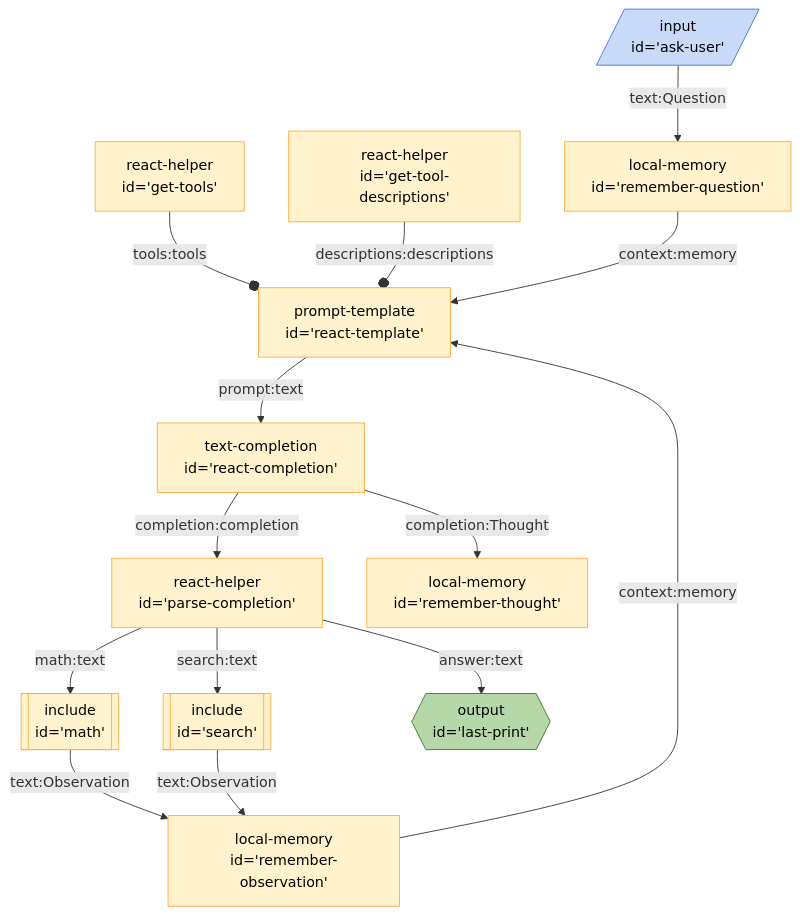
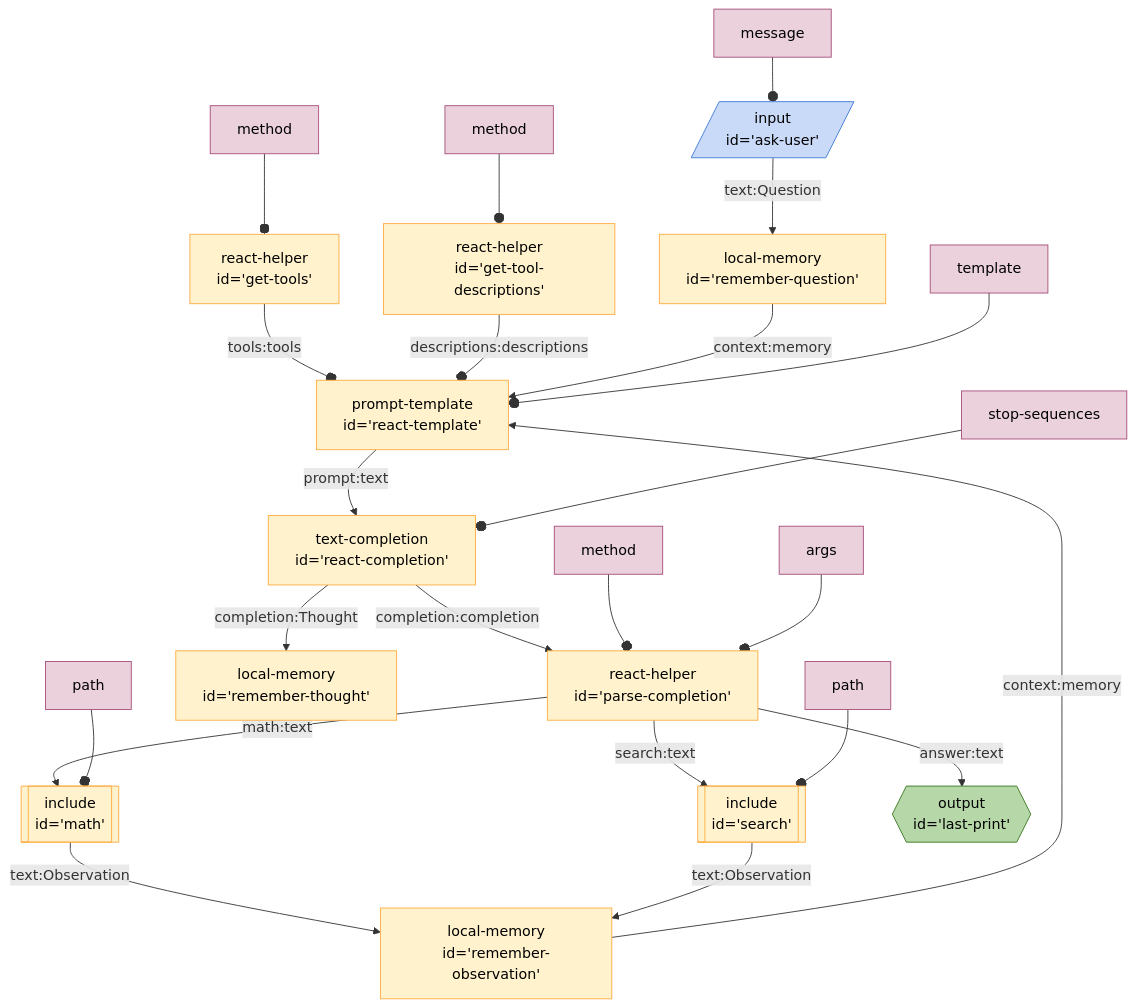
One commit to breadboard-ai/breadboard changed the diagram in seeds/graph-playground/docs/graphs/react-with-include.md. Above: the diagram before and after it, drawn with Mermaid. The commit also changed 15 other files, not shown here.

First line of the commit message:
[graphs] Show `configuration` as constants.

````diff
--- a/seeds/graph-playground/docs/graphs/react-with-include.md
+++ b/seeds/graph-playground/docs/graphs/react-with-include.md
@@ -4,49 +4,59 @@
 ```mermaid
 %%{init: 'themeVariables': { 'fontFamily': 'Fira Code, monospace' }}%%
 graph TD;
 gettools["react-helper
 id='get-tools'"] -- tools:tools --o reacttemplate["prompt-template
 id='react-template'"]
 gettooldescriptions["react-helper
 id='get-tool-descriptions'"] -- descriptions:descriptions --o reacttemplate["prompt-template
 id='react-template'"]
 askuser[/"input
 id='ask-user'"/]:::input -- text:Question --> rememberquestion["local-memory
 id='remember-question'"]
 rememberquestion["local-memory
 id='remember-question'"] -- context:memory --> reacttemplate["prompt-template
 id='react-template'"]
 reacttemplate["prompt-template
 id='react-template'"] -- prompt:text --> reactcompletion["text-completion
 id='react-completion'"]
 reactcompletion["text-completion
 id='react-completion'"] -- completion:completion --> parsecompletion["react-helper
 id='parse-completion'"]
 reactcompletion["text-completion
 id='react-completion'"] -- completion:Thought --> rememberthought["local-memory
 id='remember-thought'"]
 parsecompletion["react-helper
 id='parse-completion'"] -- search:text --> search[["include
 id='search'"]]:::include
 parsecompletion["react-helper
 id='parse-completion'"] -- math:text --> math[["include
 id='math'"]]:::include
 math[["include
 id='math'"]]:::include -- text:Observation --> rememberobservation["local-memory
 id='remember-observation'"]
 search[["include
 id='search'"]]:::include -- text:Observation --> rememberobservation["local-memory
 id='remember-observation'"]
 rememberobservation["local-memory
 id='remember-observation'"] -- context:memory --> reacttemplate["prompt-template
 id='react-template'"]
 parsecompletion["react-helper
 id='parse-completion'"] -- answer:text --> lastprint{{"output
 id='last-print'"}}:::output
+templatereacttemplate[template]:::config --o reacttemplate
+messageaskuser[message]:::config --o askuser
+stopsequencesreactcompletion[stop-sequences]:::config --o reactcompletion
+methodgettools[method]:::config --o gettools
+methodgettooldescriptions[method]:::config --o gettooldescriptions
+methodparsecompletion[method]:::config --o parsecompletion
+argsparsecompletion[args]:::config --o parsecompletion
+pathsearch[path]:::config --o search
+pathmath[path]:::config --o math
 classDef default stroke:#ffab40,fill:#fff2ccff,color:#000
 classDef input stroke:#3c78d8,fill:#c9daf8ff,color:#000
 classDef output stroke:#38761d,fill:#b6d7a8ff,color:#000
 classDef passthrough stroke:#a64d79,fill:#ead1dcff,color:#000
 classDef slot stroke:#a64d79,fill:#ead1dcff,color:#000
+classDef config stroke:#a64d79,fill:#ead1dcff,color:#000
 classDef slotted stroke:#a64d79
 ```
````
